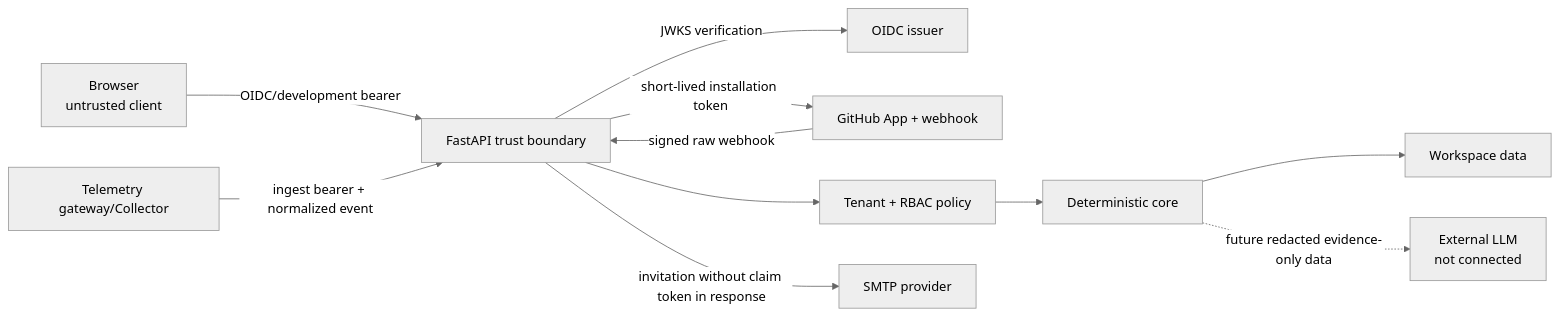
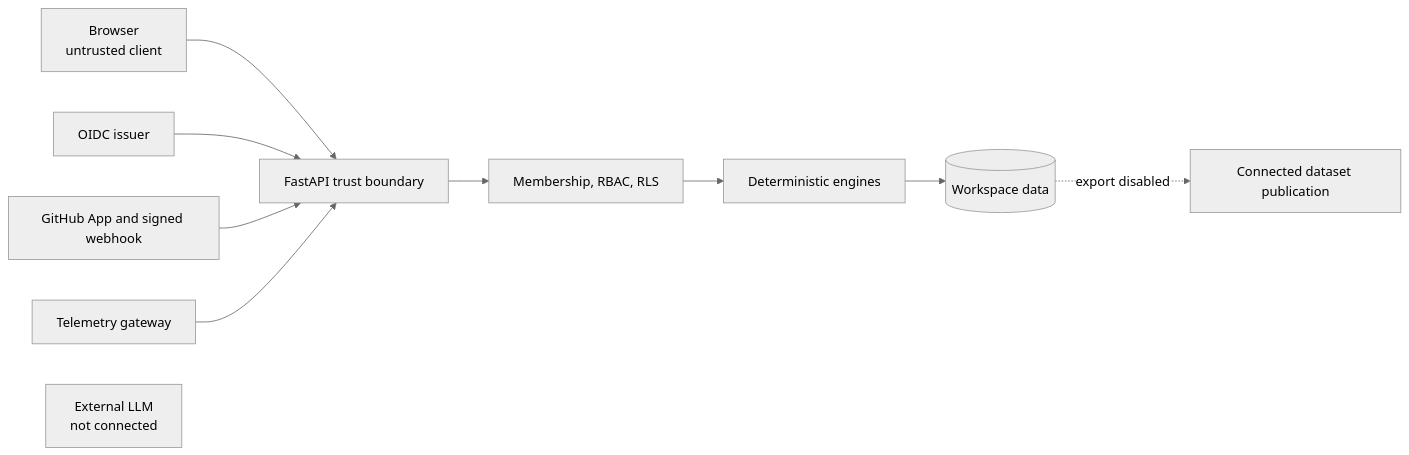
The diagram in docs/SECURITY.md (kingggg5/deployguardai), drawn with Mermaid (neutral theme) before and after one commit. The commit also changed other lines of this file and 32 other files, not shown here.

````diff
--- a/docs/SECURITY.md
+++ b/docs/SECURITY.md
@@ -63,22 +58,12 @@
 ```mermaid
 flowchart LR
-    Browser["Browser<br/>untrusted client"]
-    OIDC["OIDC issuer"]
-    GitHub["GitHub App + webhook"]
-    Collector["Telemetry gateway/Collector"]
-    API["FastAPI trust boundary"]
-    Tenant["Tenant + RBAC policy"]
-    Core["Deterministic core"]
-    DB["Workspace data"]
-    SMTP["SMTP provider"]
-    LLM["External LLM<br/>not connected"]
-
-    Browser -->|"OIDC/development bearer"| API
-    API -->|"JWKS verification"| OIDC
-    GitHub -->|"signed raw webhook"| API
-    API -->|"short-lived installation token"| GitHub
-    Collector -->|"ingest bearer + normalized event"| API
-    API --> Tenant --> Core --> DB
-    API -->|"invitation without claim token in response"| SMTP
-    Core -.->|"future redacted evidence-only data"| LLM
+    Browser["Browser\nuntrusted client"] --> API["FastAPI trust boundary"]
+    OIDC["OIDC issuer"] --> API
+    GitHub["GitHub App and signed webhook"] --> API
+    Collector["Telemetry gateway"] --> API
+    API --> Tenant["Membership, RBAC, RLS"]
+    Tenant --> Core["Deterministic engines"]
+    Core --> DB[("Workspace data")]
+    DB -. "export disabled" .-> Dataset["Connected dataset publication"]
+    LLM["External LLM\nnot connected"]
 ```
````
